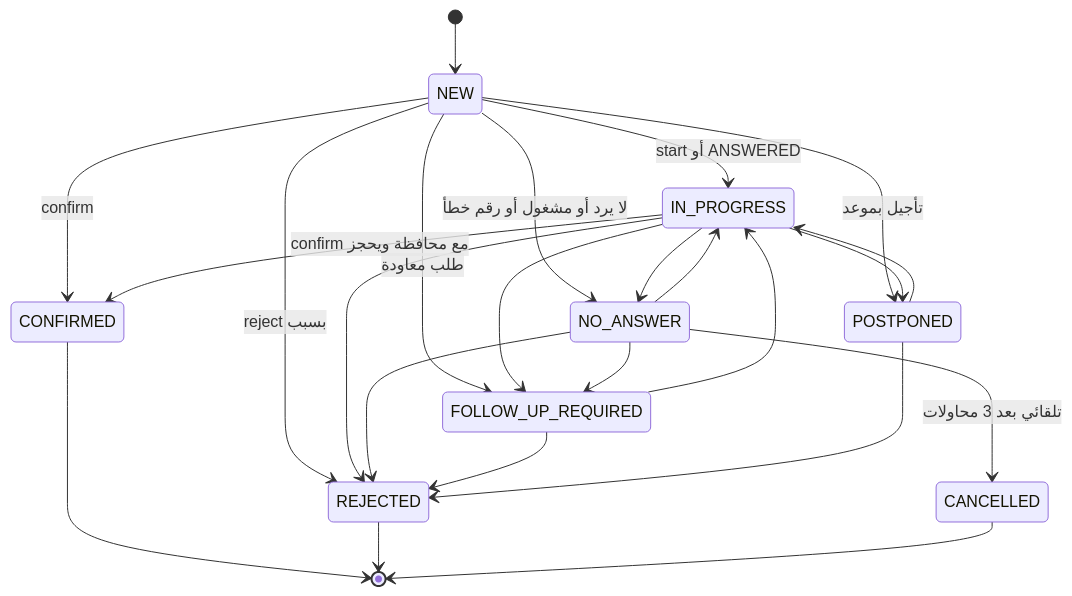
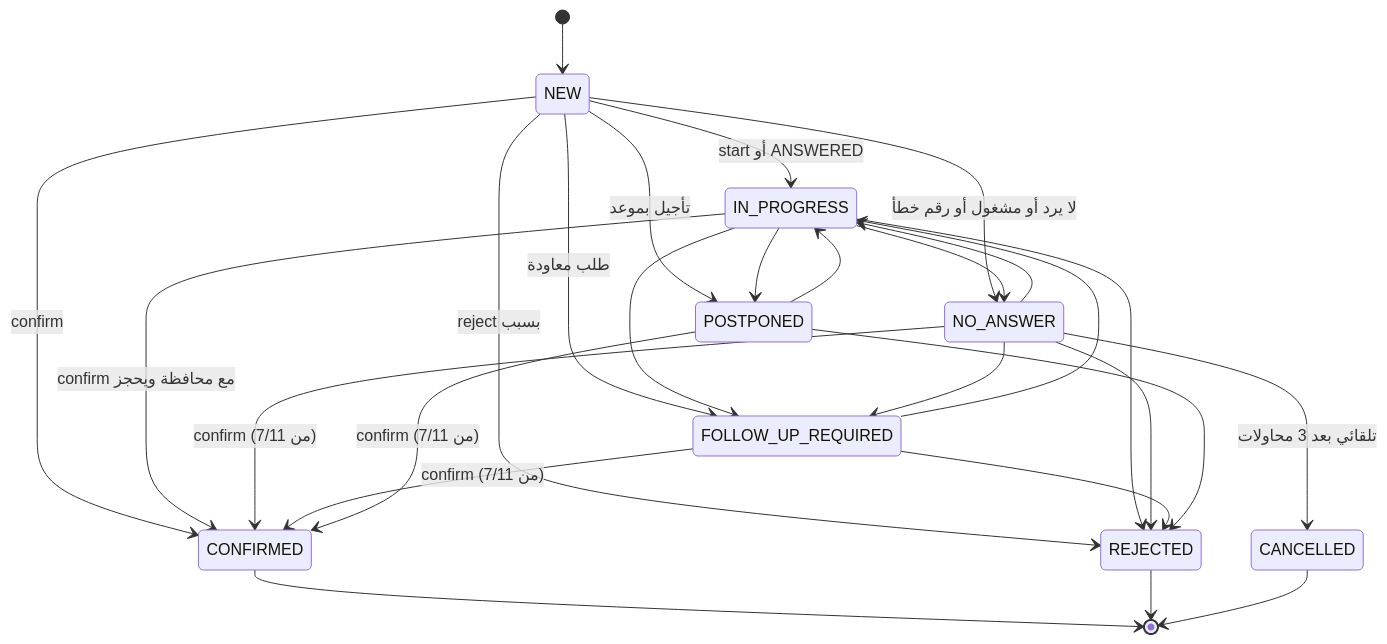
Before and after one commit to iahmed30004000-wq/zaki-ai-OSM: the second of 6 diagrams in docs/onboarding/07-code-guide.md, drawn with Mermaid. The commit also changed other lines of this file, not shown here.

````diff
--- a/docs/onboarding/07-code-guide.md
+++ b/docs/onboarding/07-code-guide.md
@@ -147,26 +147,29 @@
 ```mermaid
 stateDiagram-v2
   [*] --> NEW
   NEW --> IN_PROGRESS: start أو ANSWERED
   NEW --> NO_ANSWER: لا يرد أو مشغول أو رقم خطأ
   NEW --> FOLLOW_UP_REQUIRED: طلب معاودة
   NEW --> POSTPONED: تأجيل بموعد
   NEW --> CONFIRMED: confirm
   NEW --> REJECTED: reject بسبب
   IN_PROGRESS --> NO_ANSWER
   IN_PROGRESS --> FOLLOW_UP_REQUIRED
   IN_PROGRESS --> POSTPONED
   IN_PROGRESS --> CONFIRMED: confirm مع محافظة ويحجز
   IN_PROGRESS --> REJECTED
   NO_ANSWER --> IN_PROGRESS
   NO_ANSWER --> FOLLOW_UP_REQUIRED
+  NO_ANSWER --> CONFIRMED: confirm (من 7/11)
   NO_ANSWER --> REJECTED
   NO_ANSWER --> CANCELLED: تلقائي بعد 3 محاولات
   FOLLOW_UP_REQUIRED --> IN_PROGRESS
+  FOLLOW_UP_REQUIRED --> CONFIRMED: confirm (من 7/11)
   FOLLOW_UP_REQUIRED --> REJECTED
   POSTPONED --> IN_PROGRESS
+  POSTPONED --> CONFIRMED: confirm (من 7/11)
   POSTPONED --> REJECTED
   CONFIRMED --> [*]
   REJECTED --> [*]
   CANCELLED --> [*]
 ```
````
